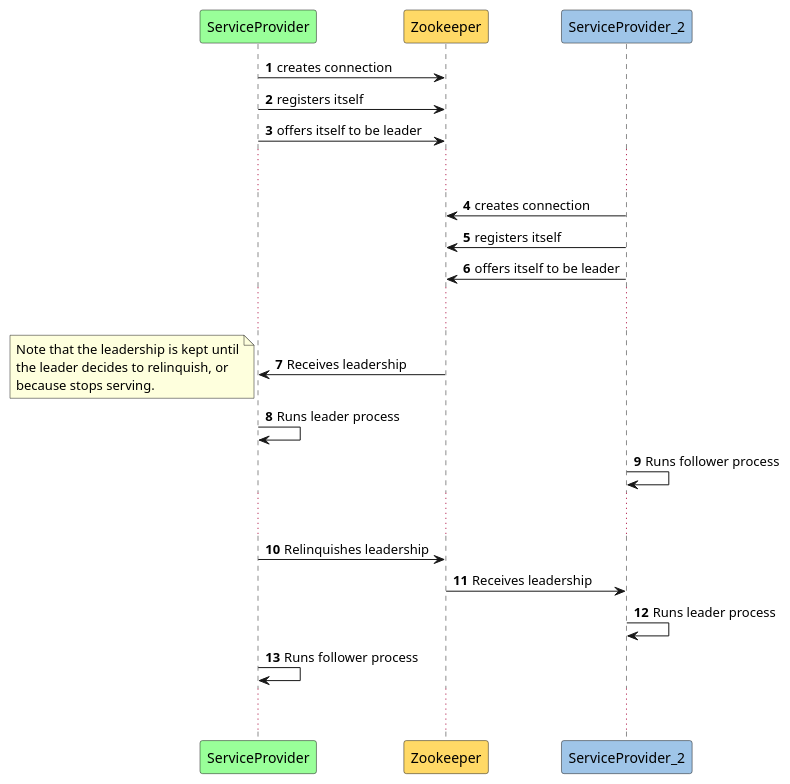
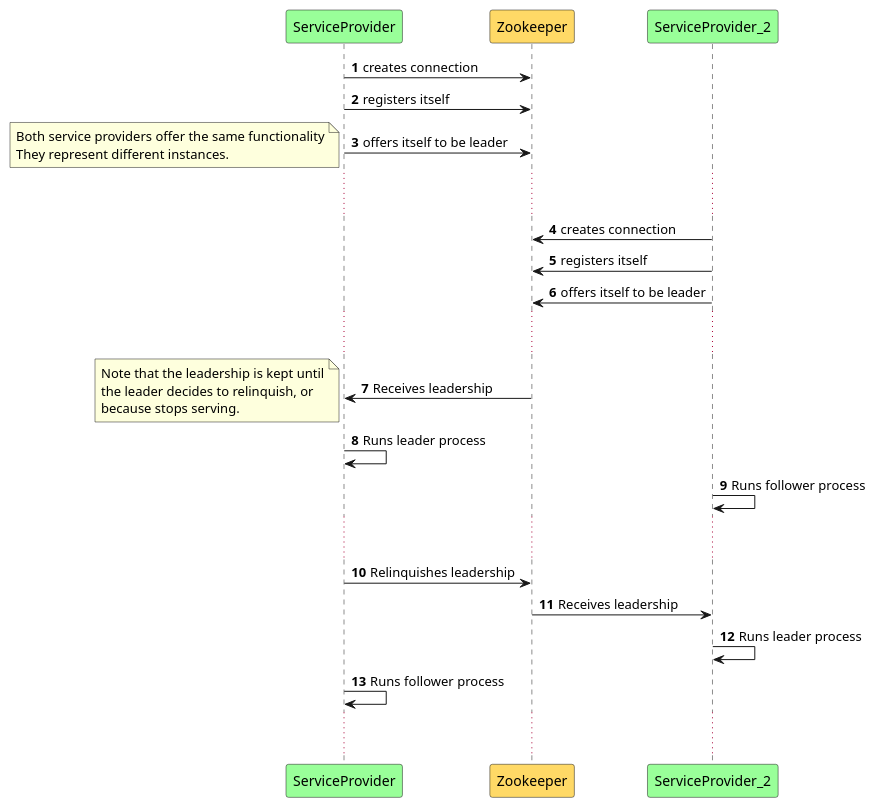
Before and after one commit to ubirch/zookeeper-service-discovery: the diagram in assets/leadership.puml, drawn with PlantUML. The commit also changed 2 other files, not shown here.

```diff
--- a/assets/leadership.puml
+++ b/assets/leadership.puml
@@ -1,33 +1,37 @@
 @startuml
 'https://plantuml.com/sequence-diagram
 
 autonumber
 
 participant ServiceProvider #99FF99
 participant Zookeeper #ffd966
-participant ServiceProvider_2 #9fc5e8
+participant ServiceProvider_2 #99FF99
 
 ServiceProvider -> Zookeeper: creates connection
 ServiceProvider -> Zookeeper: registers itself
 ServiceProvider -> Zookeeper: offers itself to be leader
+note left
+    Both service providers offer the same functionality
+    They represent different instances.
+end note
 ... ...
 ServiceProvider_2 -> Zookeeper: creates connection
 ServiceProvider_2 -> Zookeeper: registers itself
 ServiceProvider_2 -> Zookeeper: offers itself to be leader
 ... ...
 Zookeeper -> ServiceProvider: Receives leadership
 note left
     Note that the leadership is kept until
     the leader decides to relinquish, or
     because stops serving.
 end note
 ServiceProvider -> ServiceProvider: Runs leader process
 ServiceProvider_2 -> ServiceProvider_2: Runs follower process
 ... ...
 ServiceProvider -> Zookeeper: Relinquishes leadership
 Zookeeper -> ServiceProvider_2: Receives leadership
 ServiceProvider_2 -> ServiceProvider_2: Runs leader process
 ServiceProvider -> ServiceProvider: Runs follower process
 ... ...
 
 @enduml
```
